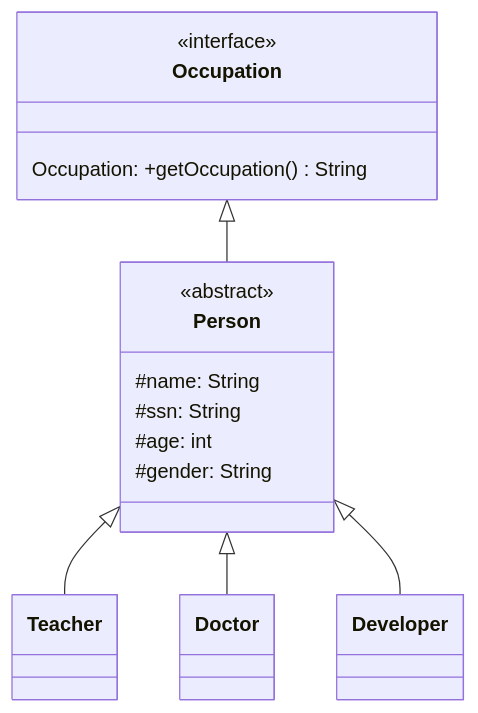
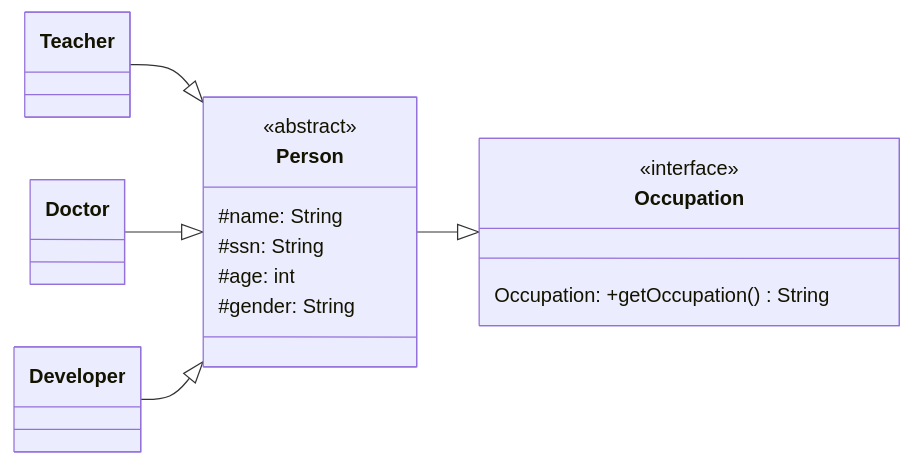
One commit to jwang1122/python changed the fifth of 19 diagrams in doc/mermaid.md. Above: the diagram before and after it, drawn with Mermaid. The commit also changed other lines of this file and 12 other files, not shown here.

````diff
--- a/doc/mermaid.md
+++ b/doc/mermaid.md
@@ -106,21 +106,22 @@
 ```mermaid
 classDiagram
+direction RL
 
 class Occupation{
   Occupation: +getOccupation() String
 }
 <<interface>> Occupation
 
 class Person{
   #name: String
   #ssn: String
   #age: int
   #gender: String
 }
 <<abstract>> Person
 
 Occupation <|-- Person
 Person <|-- Teacher
 Person <|-- Doctor
 Person <|-- Developer
 ```
````
